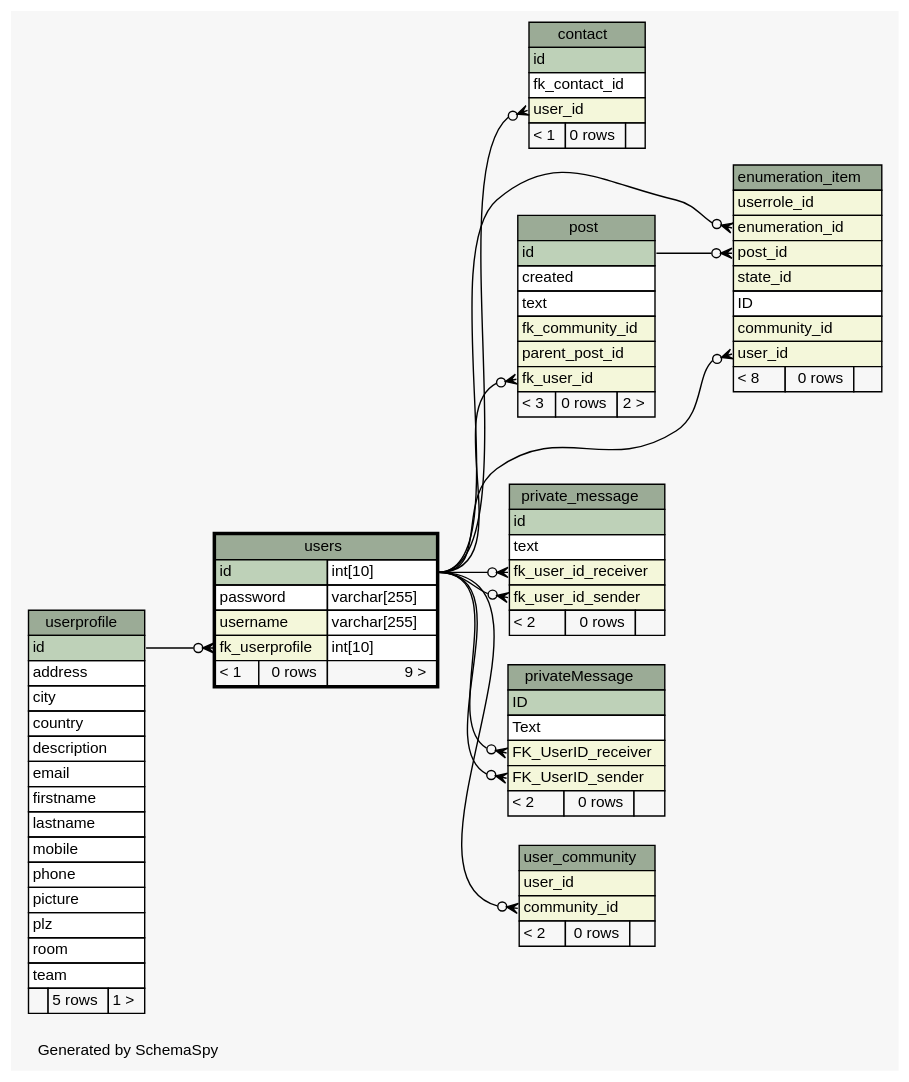
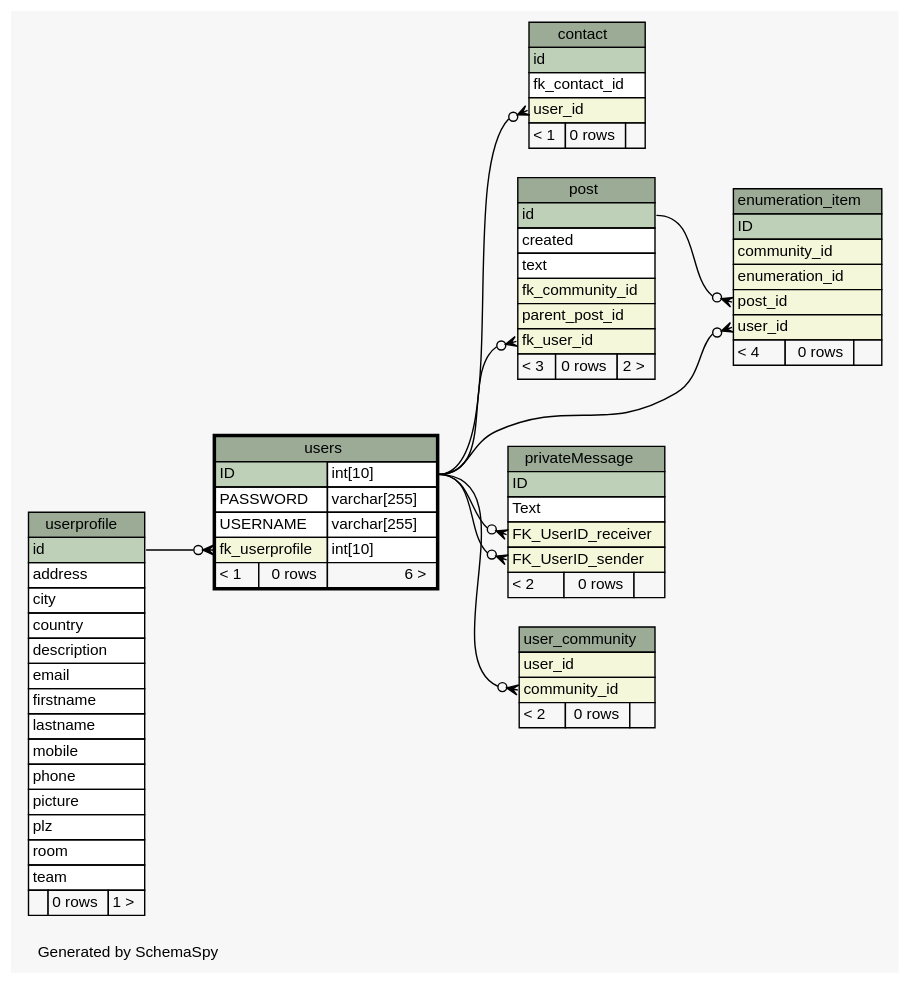
One commit to chr-krenn/chr-krenn-fhj-ws2017-sd17-pse changed the diagram in doc/db_schema/diagrams/users.1degree.dot. Above: the diagram before and after it, drawn with Graphviz. The commit also changed 63 other files, not shown here.

Commit message:
update database schema documentation

```diff
--- a/doc/db_schema/diagrams/users.1degree.dot
+++ b/doc/db_schema/diagrams/users.1degree.dot
@@ -1,149 +1,131 @@
 // dot 2.40.1 on Linux 4.12.5-300.fc26.x86_64
 // SchemaSpy rev 590
 digraph "oneDegreeRelationshipsDiagram" {
   graph [
     rankdir="RL"
     bgcolor="#f7f7f7"
     label="\nGenerated by SchemaSpy"
     labeljust="l"
     nodesep="0.18"
     ranksep="0.46"
     fontname="Helvetica"
     fontsize="11"
   ];
   node [
     fontname="Helvetica"
     fontsize="11"
     shape="plaintext"
   ];
   edge [
     arrowsize="0.8"
   ];
-  "contact":"user_id":w -> "users":"id.type":e [arrowhead=none dir=back arrowtail=crowodot];
-  "enumeration_item":"enumeration_id":w -> "users":"id.type":e [arrowhead=none dir=back arrowtail=crowodot];
+  "contact":"user_id":w -> "users":"ID.type":e [arrowhead=none dir=back arrowtail=crowodot];
   "enumeration_item":"post_id":w -> "post":"id":e [arrowhead=none dir=back arrowtail=crowodot];
-  "enumeration_item":"user_id":w -> "users":"id.type":e [arrowhead=none dir=back arrowtail=crowodot];
-  "post":"fk_user_id":w -> "users":"id.type":e [arrowhead=none dir=back arrowtail=crowodot];
-  "private_message":"fk_user_id_receiver":w -> "users":"id.type":e [arrowhead=none dir=back arrowtail=crowodot];
-  "private_message":"fk_user_id_sender":w -> "users":"id.type":e [arrowhead=none dir=back arrowtail=crowodot];
-  "privateMessage":"FK_UserID_receiver":w -> "users":"id.type":e [arrowhead=none dir=back arrowtail=crowodot];
-  "privateMessage":"FK_UserID_sender":w -> "users":"id.type":e [arrowhead=none dir=back arrowtail=crowodot];
-  "user_community":"community_id":w -> "users":"id.type":e [arrowhead=none dir=back arrowtail=crowodot];
+  "enumeration_item":"user_id":w -> "users":"ID.type":e [arrowhead=none dir=back arrowtail=crowodot];
+  "post":"fk_user_id":w -> "users":"ID.type":e [arrowhead=none dir=back arrowtail=crowodot];
+  "privateMessage":"FK_UserID_receiver":w -> "users":"ID.type":e [arrowhead=none dir=back arrowtail=crowodot];
+  "privateMessage":"FK_UserID_sender":w -> "users":"ID.type":e [arrowhead=none dir=back arrowtail=crowodot];
+  "user_community":"community_id":w -> "users":"ID.type":e [arrowhead=none dir=back arrowtail=crowodot];
   "users":"fk_userprofile":w -> "userprofile":"id":e [arrowhead=none dir=back arrowtail=crowodot];
   "contact" [
     label=<
     <TABLE BORDER="0" CELLBORDER="1" CELLSPACING="0" BGCOLOR="#ffffff">
       <TR><TD COLSPAN="3" BGCOLOR="#9bab96" ALIGN="CENTER">contact</TD></TR>
       <TR><TD PORT="id" COLSPAN="3" BGCOLOR="#bed1b8" ALIGN="LEFT">id</TD></TR>
       <TR><TD PORT="fk_contact_id" COLSPAN="3" ALIGN="LEFT">fk_contact_id</TD></TR>
       <TR><TD PORT="user_id" COLSPAN="3" BGCOLOR="#f4f7da" ALIGN="LEFT">user_id</TD></TR>
       <TR><TD ALIGN="LEFT" BGCOLOR="#f7f7f7">&lt; 1</TD><TD ALIGN="RIGHT" BGCOLOR="#f7f7f7">0 rows</TD><TD ALIGN="RIGHT" BGCOLOR="#f7f7f7">  </TD></TR>
     </TABLE>>
     URL="contact.html"
     tooltip="contact"
   ];
   "enumeration_item" [
     label=<
     <TABLE BORDER="0" CELLBORDER="1" CELLSPACING="0" BGCOLOR="#ffffff">
       <TR><TD COLSPAN="3" BGCOLOR="#9bab96" ALIGN="CENTER">enumeration_item</TD></TR>
-      <TR><TD PORT="userrole_id" COLSPAN="3" BGCOLOR="#f4f7da" ALIGN="LEFT">userrole_id</TD></TR>
+      <TR><TD PORT="ID" COLSPAN="3" BGCOLOR="#bed1b8" ALIGN="LEFT">ID</TD></TR>
+      <TR><TD PORT="community_id" COLSPAN="3" BGCOLOR="#f4f7da" ALIGN="LEFT">community_id</TD></TR>
       <TR><TD PORT="enumeration_id" COLSPAN="3" BGCOLOR="#f4f7da" ALIGN="LEFT">enumeration_id</TD></TR>
       <TR><TD PORT="post_id" COLSPAN="3" BGCOLOR="#f4f7da" ALIGN="LEFT">post_id</TD></TR>
-      <TR><TD PORT="state_id" COLSPAN="3" BGCOLOR="#f4f7da" ALIGN="LEFT">state_id</TD></TR>
-      <TR><TD PORT="ID" COLSPAN="3" ALIGN="LEFT">ID</TD></TR>
-      <TR><TD PORT="community_id" COLSPAN="3" BGCOLOR="#f4f7da" ALIGN="LEFT">community_id</TD></TR>
       <TR><TD PORT="user_id" COLSPAN="3" BGCOLOR="#f4f7da" ALIGN="LEFT">user_id</TD></TR>
-      <TR><TD ALIGN="LEFT" BGCOLOR="#f7f7f7">&lt; 8</TD><TD ALIGN="RIGHT" BGCOLOR="#f7f7f7">0 rows</TD><TD ALIGN="RIGHT" BGCOLOR="#f7f7f7">  </TD></TR>
+      <TR><TD ALIGN="LEFT" BGCOLOR="#f7f7f7">&lt; 4</TD><TD ALIGN="RIGHT" BGCOLOR="#f7f7f7">0 rows</TD><TD ALIGN="RIGHT" BGCOLOR="#f7f7f7">  </TD></TR>
     </TABLE>>
     URL="enumeration_item.html"
     tooltip="enumeration_item"
   ];
   "post" [
     label=<
     <TABLE BORDER="0" CELLBORDER="1" CELLSPACING="0" BGCOLOR="#ffffff">
       <TR><TD COLSPAN="3" BGCOLOR="#9bab96" ALIGN="CENTER">post</TD></TR>
       <TR><TD PORT="id" COLSPAN="3" BGCOLOR="#bed1b8" ALIGN="LEFT">id</TD></TR>
       <TR><TD PORT="created" COLSPAN="3" ALIGN="LEFT">created</TD></TR>
       <TR><TD PORT="text" COLSPAN="3" ALIGN="LEFT">text</TD></TR>
       <TR><TD PORT="fk_community_id" COLSPAN="3" BGCOLOR="#f4f7da" ALIGN="LEFT">fk_community_id</TD></TR>
       <TR><TD PORT="parent_post_id" COLSPAN="3" BGCOLOR="#f4f7da" ALIGN="LEFT">parent_post_id</TD></TR>
       <TR><TD PORT="fk_user_id" COLSPAN="3" BGCOLOR="#f4f7da" ALIGN="LEFT">fk_user_id</TD></TR>
       <TR><TD ALIGN="LEFT" BGCOLOR="#f7f7f7">&lt; 3</TD><TD ALIGN="RIGHT" BGCOLOR="#f7f7f7">0 rows</TD><TD ALIGN="RIGHT" BGCOLOR="#f7f7f7">2 &gt;</TD></TR>
     </TABLE>>
     URL="post.html"
     tooltip="post"
-  ];
-  "private_message" [
-    label=<
-    <TABLE BORDER="0" CELLBORDER="1" CELLSPACING="0" BGCOLOR="#ffffff">
-      <TR><TD COLSPAN="3" BGCOLOR="#9bab96" ALIGN="CENTER">private_message</TD></TR>
-      <TR><TD PORT="id" COLSPAN="3" BGCOLOR="#bed1b8" ALIGN="LEFT">id</TD></TR>
-      <TR><TD PORT="text" COLSPAN="3" ALIGN="LEFT">text</TD></TR>
-      <TR><TD PORT="fk_user_id_receiver" COLSPAN="3" BGCOLOR="#f4f7da" ALIGN="LEFT">fk_user_id_receiver</TD></TR>
-      <TR><TD PORT="fk_user_id_sender" COLSPAN="3" BGCOLOR="#f4f7da" ALIGN="LEFT">fk_user_id_sender</TD></TR>
-      <TR><TD ALIGN="LEFT" BGCOLOR="#f7f7f7">&lt; 2</TD><TD ALIGN="RIGHT" BGCOLOR="#f7f7f7">0 rows</TD><TD ALIGN="RIGHT" BGCOLOR="#f7f7f7">  </TD></TR>
-    </TABLE>>
-    URL="private_message.html"
-    tooltip="private_message"
   ];
   "privateMessage" [
     label=<
     <TABLE BORDER="0" CELLBORDER="1" CELLSPACING="0" BGCOLOR="#ffffff">
       <TR><TD COLSPAN="3" BGCOLOR="#9bab96" ALIGN="CENTER">privateMessage</TD></TR>
       <TR><TD PORT="ID" COLSPAN="3" BGCOLOR="#bed1b8" ALIGN="LEFT">ID</TD></TR>
       <TR><TD PORT="Text" COLSPAN="3" ALIGN="LEFT">Text</TD></TR>
       <TR><TD PORT="FK_UserID_receiver" COLSPAN="3" BGCOLOR="#f4f7da" ALIGN="LEFT">FK_UserID_receiver</TD></TR>
       <TR><TD PORT="FK_UserID_sender" COLSPAN="3" BGCOLOR="#f4f7da" ALIGN="LEFT">FK_UserID_sender</TD></TR>
       <TR><TD ALIGN="LEFT" BGCOLOR="#f7f7f7">&lt; 2</TD><TD ALIGN="RIGHT" BGCOLOR="#f7f7f7">0 rows</TD><TD ALIGN="RIGHT" BGCOLOR="#f7f7f7">  </TD></TR>
     </TABLE>>
     URL="privateMessage.html"
     tooltip="privateMessage"
   ];
   "user_community" [
     label=<
     <TABLE BORDER="0" CELLBORDER="1" CELLSPACING="0" BGCOLOR="#ffffff">
       <TR><TD COLSPAN="3" BGCOLOR="#9bab96" ALIGN="CENTER">user_community</TD></TR>
       <TR><TD PORT="user_id" COLSPAN="3" BGCOLOR="#f4f7da" ALIGN="LEFT">user_id</TD></TR>
       <TR><TD PORT="community_id" COLSPAN="3" BGCOLOR="#f4f7da" ALIGN="LEFT">community_id</TD></TR>
       <TR><TD ALIGN="LEFT" BGCOLOR="#f7f7f7">&lt; 2</TD><TD ALIGN="RIGHT" BGCOLOR="#f7f7f7">0 rows</TD><TD ALIGN="RIGHT" BGCOLOR="#f7f7f7">  </TD></TR>
     </TABLE>>
     URL="user_community.html"
     tooltip="user_community"
   ];
   "userprofile" [
     label=<
     <TABLE BORDER="0" CELLBORDER="1" CELLSPACING="0" BGCOLOR="#ffffff">
       <TR><TD COLSPAN="3" BGCOLOR="#9bab96" ALIGN="CENTER">userprofile</TD></TR>
       <TR><TD PORT="id" COLSPAN="3" BGCOLOR="#bed1b8" ALIGN="LEFT">id</TD></TR>
       <TR><TD PORT="address" COLSPAN="3" ALIGN="LEFT">address</TD></TR>
       <TR><TD PORT="city" COLSPAN="3" ALIGN="LEFT">city</TD></TR>
       <TR><TD PORT="country" COLSPAN="3" ALIGN="LEFT">country</TD></TR>
       <TR><TD PORT="description" COLSPAN="3" ALIGN="LEFT">description</TD></TR>
       <TR><TD PORT="email" COLSPAN="3" ALIGN="LEFT">email</TD></TR>
       <TR><TD PORT="firstname" COLSPAN="3" ALIGN="LEFT">firstname</TD></TR>
       <TR><TD PORT="lastname" COLSPAN="3" ALIGN="LEFT">lastname</TD></TR>
       <TR><TD PORT="mobile" COLSPAN="3" ALIGN="LEFT">mobile</TD></TR>
       <TR><TD PORT="phone" COLSPAN="3" ALIGN="LEFT">phone</TD></TR>
       <TR><TD PORT="picture" COLSPAN="3" ALIGN="LEFT">picture</TD></TR>
       <TR><TD PORT="plz" COLSPAN="3" ALIGN="LEFT">plz</TD></TR>
       <TR><TD PORT="room" COLSPAN="3" ALIGN="LEFT">room</TD></TR>
       <TR><TD PORT="team" COLSPAN="3" ALIGN="LEFT">team</TD></TR>
-      <TR><TD ALIGN="LEFT" BGCOLOR="#f7f7f7">  </TD><TD ALIGN="RIGHT" BGCOLOR="#f7f7f7">5 rows</TD><TD ALIGN="RIGHT" BGCOLOR="#f7f7f7">1 &gt;</TD></TR>
+      <TR><TD ALIGN="LEFT" BGCOLOR="#f7f7f7">  </TD><TD ALIGN="RIGHT" BGCOLOR="#f7f7f7">0 rows</TD><TD ALIGN="RIGHT" BGCOLOR="#f7f7f7">1 &gt;</TD></TR>
     </TABLE>>
     URL="userprofile.html"
     tooltip="userprofile"
   ];
   "users" [
     label=<
     <TABLE BORDER="2" CELLBORDER="1" CELLSPACING="0" BGCOLOR="#ffffff">
       <TR><TD COLSPAN="3" BGCOLOR="#9bab96" ALIGN="CENTER">users</TD></TR>
-      <TR><TD PORT="id" COLSPAN="2" BGCOLOR="#bed1b8" ALIGN="LEFT">id</TD><TD PORT="id.type" ALIGN="LEFT">int[10]</TD></TR>
-      <TR><TD PORT="password" COLSPAN="2" ALIGN="LEFT">password</TD><TD PORT="password.type" ALIGN="LEFT">varchar[255]</TD></TR>
-      <TR><TD PORT="username" COLSPAN="2" BGCOLOR="#f4f7da" ALIGN="LEFT">username</TD><TD PORT="username.type" ALIGN="LEFT">varchar[255]</TD></TR>
+      <TR><TD PORT="ID" COLSPAN="2" BGCOLOR="#bed1b8" ALIGN="LEFT">ID</TD><TD PORT="ID.type" ALIGN="LEFT">int[10]</TD></TR>
+      <TR><TD PORT="PASSWORD" COLSPAN="2" ALIGN="LEFT">PASSWORD</TD><TD PORT="PASSWORD.type" ALIGN="LEFT">varchar[255]</TD></TR>
+      <TR><TD PORT="USERNAME" COLSPAN="2" ALIGN="LEFT">USERNAME</TD><TD PORT="USERNAME.type" ALIGN="LEFT">varchar[255]</TD></TR>
       <TR><TD PORT="fk_userprofile" COLSPAN="2" BGCOLOR="#f4f7da" ALIGN="LEFT">fk_userprofile</TD><TD PORT="fk_userprofile.type" ALIGN="LEFT">int[10]</TD></TR>
-      <TR><TD ALIGN="LEFT" BGCOLOR="#f7f7f7">&lt; 1</TD><TD ALIGN="RIGHT" BGCOLOR="#f7f7f7">0 rows</TD><TD ALIGN="RIGHT" BGCOLOR="#f7f7f7">9 &gt;</TD></TR>
+      <TR><TD ALIGN="LEFT" BGCOLOR="#f7f7f7">&lt; 1</TD><TD ALIGN="RIGHT" BGCOLOR="#f7f7f7">0 rows</TD><TD ALIGN="RIGHT" BGCOLOR="#f7f7f7">6 &gt;</TD></TR>
     </TABLE>>
     URL="users.html"
     tooltip="users"
   ];
 }
```
